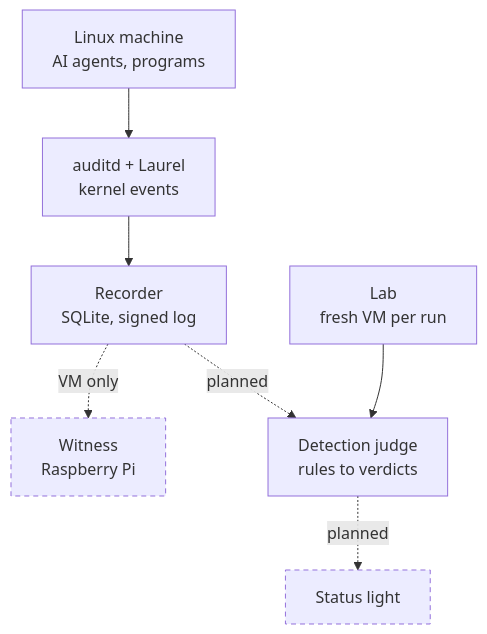
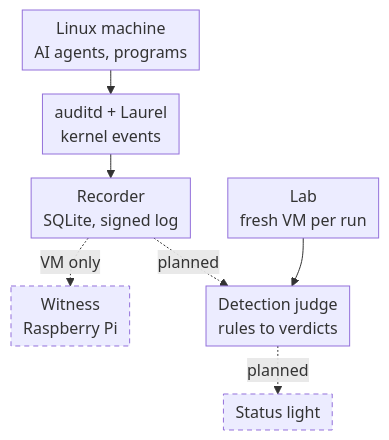
One commit to Balistid/balistid-blue changed the diagram in README.md. Above: the diagram before and after it, drawn with Mermaid.

Commit message:
docs(readme): make the diagram smaller
On GitHub the diagram was over 800 pixels tall. Tighter spacing between
its rows keeps it on one screen.

Agent: claude/opus-5.5

````diff
--- a/README.md
+++ b/README.md
@@ -47,8 +47,8 @@
 ```mermaid
+%%{init: {"flowchart": {"rankSpacing": 24, "nodeSpacing": 24, "padding": 6}}}%%
 flowchart TD; classDef later stroke-dasharray:5 4
   host["Linux machine<br/>AI agents, programs"] --> audit["auditd + Laurel<br/>kernel events"] --> rec["Recorder<br/>SQLite, signed log"]
   rec -.->|VM only| pi["Witness<br/>Raspberry Pi"]:::later
-  rec -.->|planned| judge["Detection judge<br/>rules to verdicts"]
+  rec -.->|planned| judge["Detection judge<br/>rules to verdicts"] -.->|planned| light["Status light"]:::later
   lab["Lab<br/>fresh VM per run"] --> judge
-  judge -.->|planned| light["Status light"]:::later
 ```
````
